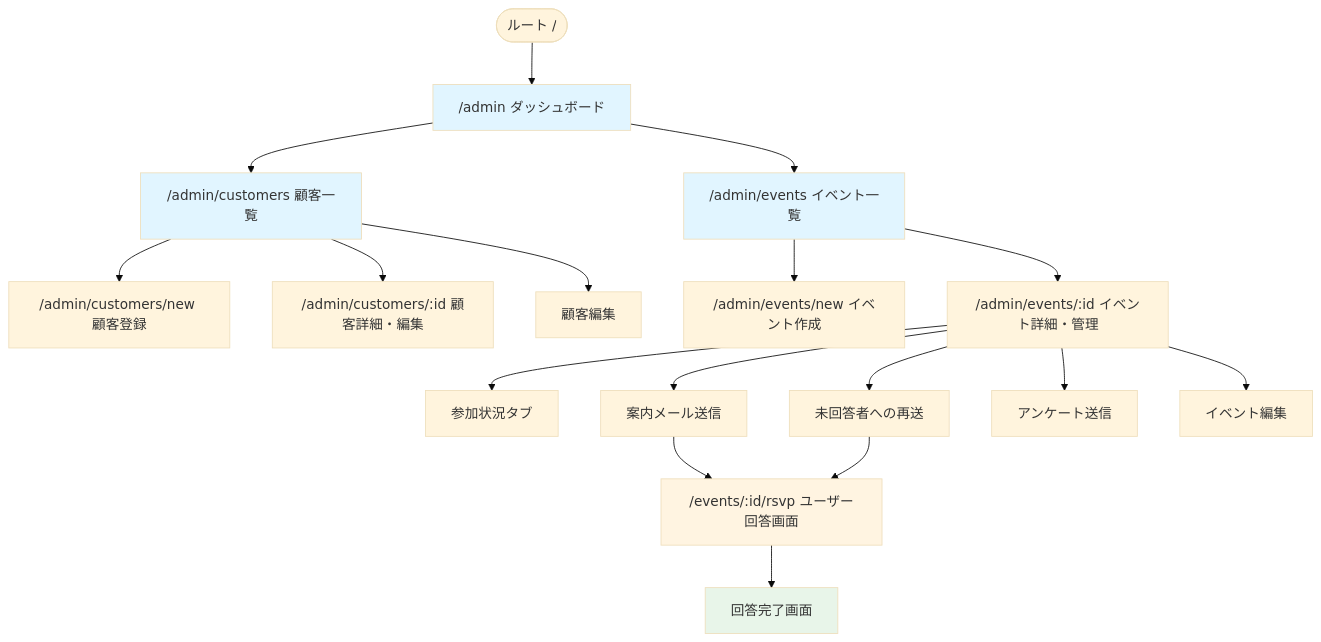
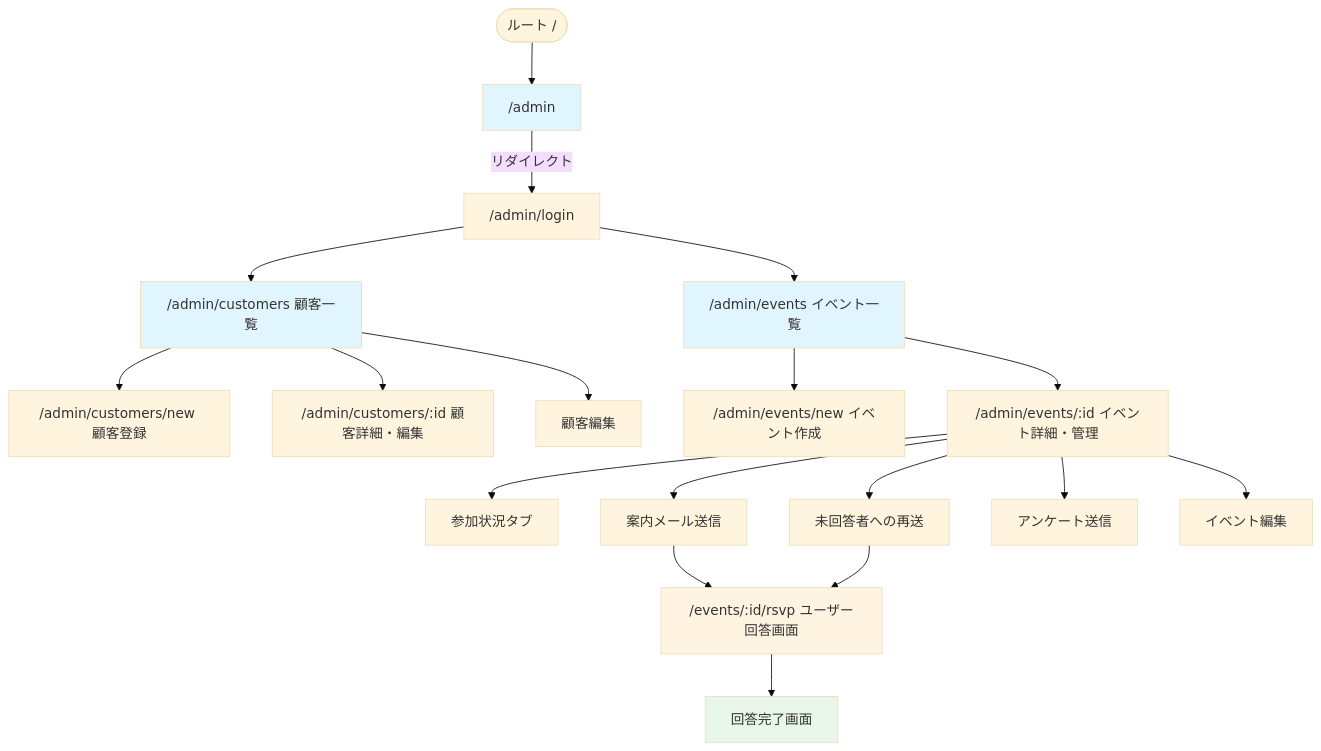
One commit to anhklv/marcopolo-portal-mirror changed the first of 3 diagrams in docs/画面設計書.md. Above: the diagram before and after it, drawn with Mermaid (base theme). The commit also changed other lines of this file and 6 other files, not shown here.

````diff
--- a/docs/画面設計書.md
+++ b/docs/画面設計書.md
@@ -7,31 +7,31 @@
 ```mermaid
 flowchart TD
-    Start(["ルート /"]) --> Admin["/admin ダッシュボード"]
-    
-    Admin --> Customers["/admin/customers 顧客一覧"]
-    Admin --> Events["/admin/events イベント一覧"]
+    Start(["ルート /"]) --> Admin["/admin"]
+    Admin -->|"リダイレクト"| Login["/admin/login"]
+    Login --> Customers["/admin/customers 顧客一覧"]
+    Login --> Events["/admin/events イベント一覧"]
     
     Customers --> NewCustomer["/admin/customers/new 顧客登録"]
     Customers --> CustomerDetail["/admin/customers/:id 顧客詳細・編集"]
     
     Events --> NewEvent["/admin/events/new イベント作成"]
     Events --> EventDetail["/admin/events/:id イベント詳細・管理"]
     
     EventDetail --> Attendees["参加状況タブ"]
     EventDetail --> Invite["案内メール送信"]
     EventDetail --> Remind["未回答者への再送"]
     EventDetail --> Survey["アンケート送信"]
     EventDetail --> EditEvent["イベント編集"]
     
     Customers --> EditCustomer["顧客編集"]
     
     Invite --> RSVP["/events/:id/rsvp ユーザー回答画面"]
     Remind --> RSVP
     RSVP --> Complete["回答完了画面"]
     
     style Admin fill:#e1f5ff
     style Customers fill:#e1f5ff
     style Events fill:#e1f5ff
     style RSVP fill:#fff4e1
     style Complete fill:#e8f5e9
 ```
````
